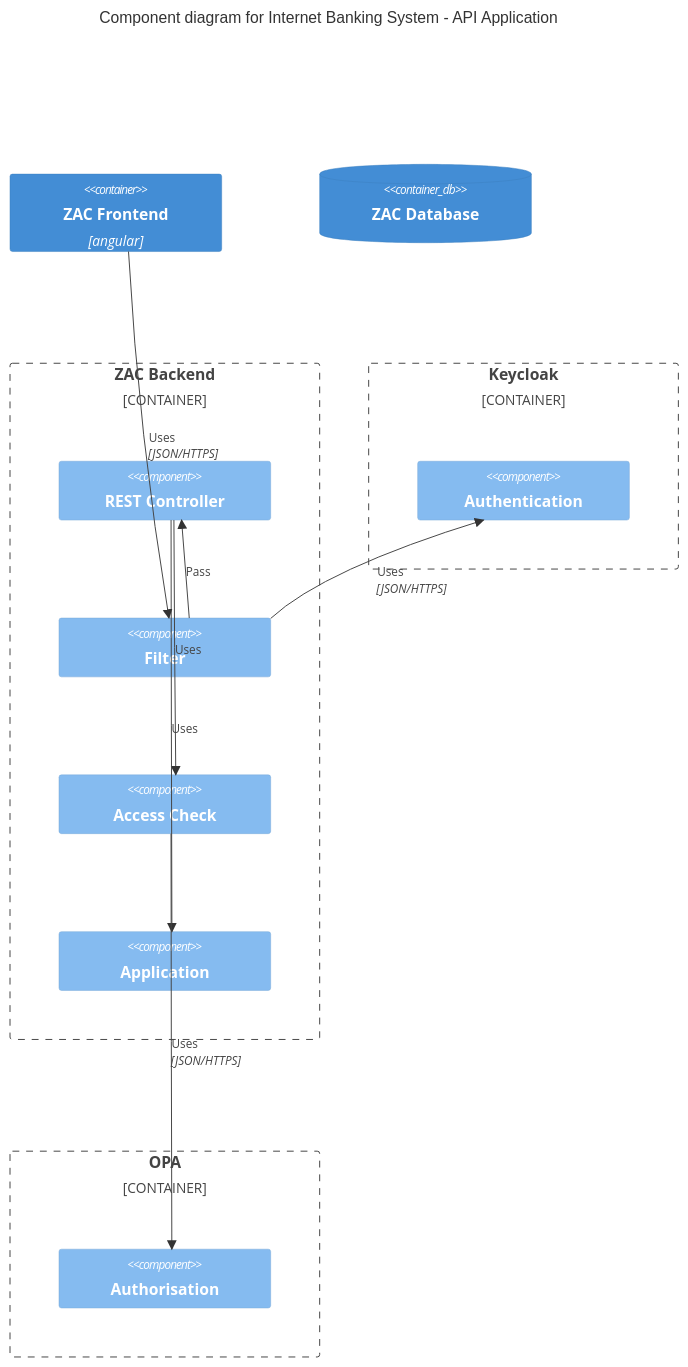
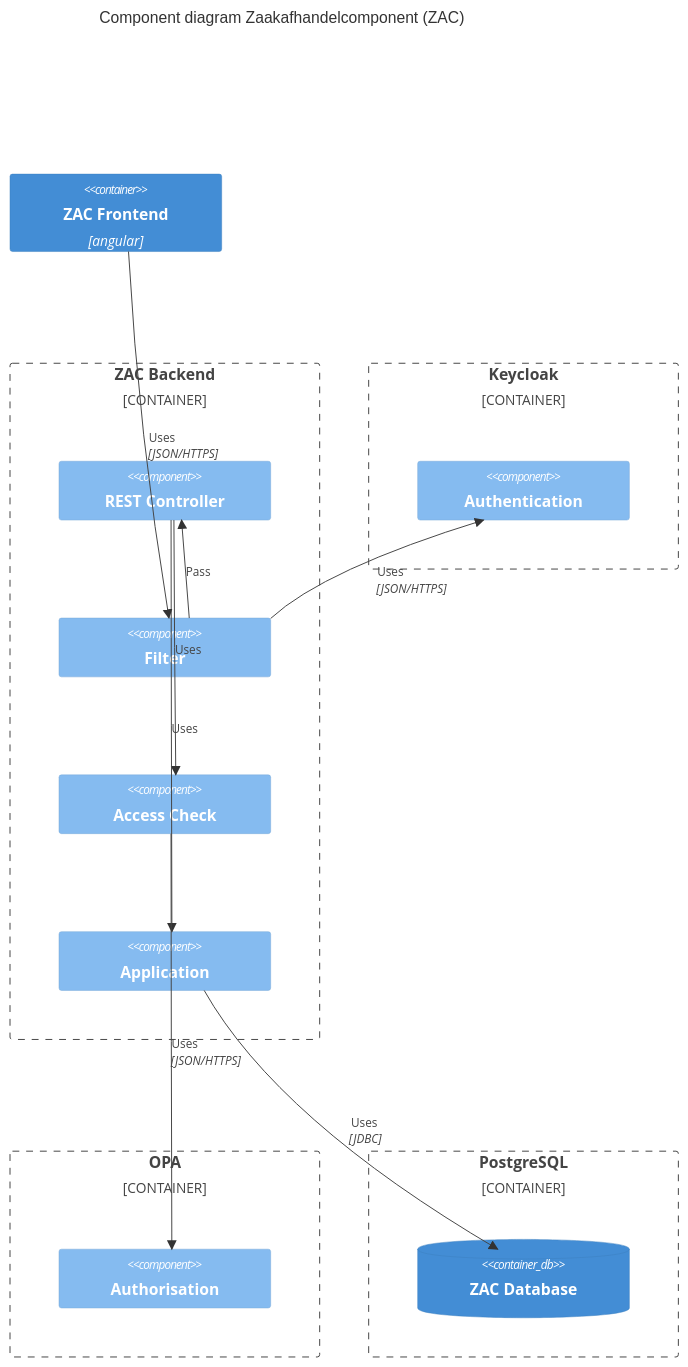
Before and after one commit to infonl/dimpact-zaakafhandelcomponent: the diagram in docs/solution-architecture/componentDiagram.md, drawn with Mermaid.

Commit message:
chore: add zac component diagram
tidy up

````diff
--- a/docs/solution-architecture/componentDiagram.md
+++ b/docs/solution-architecture/componentDiagram.md
@@ -4,31 +4,34 @@
 ```mermaid
     C4Component
-    title Component diagram for Internet Banking System - API Application
+    title Component diagram Zaakafhandelcomponent (ZAC)
 
     Container(spa, "ZAC Frontend", "angular")
 
     Container_Boundary(api, "ZAC Backend") {
         Component(rest, "REST Controller")
         Component(filt, "Filter")
         Component(sign, "Access Check")
         Component(app, "Application")
 
         Rel(filt, rest, "Pass")
         Rel(rest, sign, "Uses")
         Rel(rest, app, "Uses")
     }
 
     Container_Boundary(kc, "Keycloak") {
         Component(kc, "Authentication")
     }
 
     Container_Boundary(opa, "OPA") {
         Component(opc, "Authorisation")
     }
 
-    ContainerDb(db, "ZAC Database")
-
+    Container_Boundary(dbb, "PostgreSQL") {
+        ContainerDb(db, "ZAC Database")
+    }
+    
     Rel(spa, filt, "Uses", "JSON/HTTPS")
     Rel(filt, kc, "Uses", "JSON/HTTPS")
     Rel(sign, opc, "Uses", "JSON/HTTPS")
+    Rel(app, db, "Uses", "JDBC")
 ```
````
